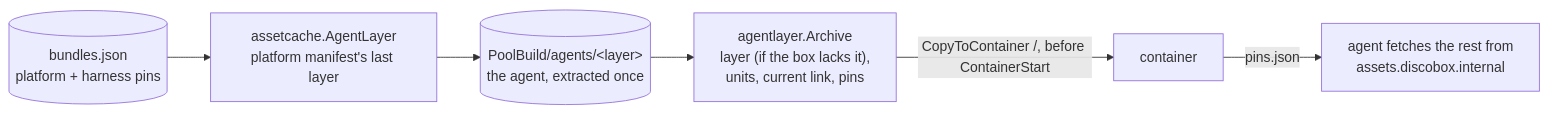
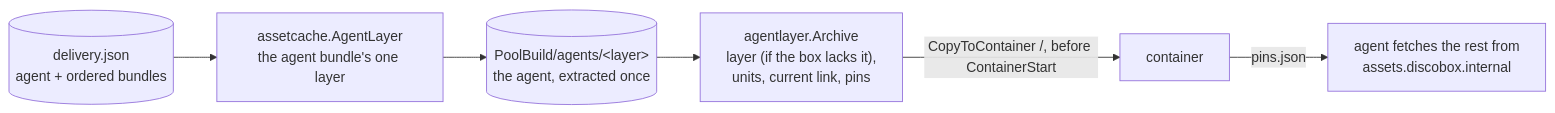
The sixth of 12 diagrams in pool-agent/DESIGN.md (discobox-ai/discobox), drawn with Mermaid before and after one commit. The commit also changed other lines of this file and 79 other files, not shown here.

First line of the commit message:
feat: the agent is a bundle of its own, and a box's pins are an ordered list everywhere

````diff
--- a/pool-agent/DESIGN.md
+++ b/pool-agent/DESIGN.md
@@ -1182,8 +1188,8 @@
 ```mermaid
 flowchart LR
-  rec[("bundles.json<br/>platform + harness pins")] --> layer["assetcache.AgentLayer<br/>platform manifest's last layer"]
+  rec[("delivery.json<br/>agent + ordered bundles")] --> layer["assetcache.AgentLayer<br/>the agent bundle's one layer"]
   layer --> ext[("PoolBuild/agents/&lt;layer&gt;<br/>the agent, extracted once")]
   ext --> arch["agentlayer.Archive<br/>layer (if the box lacks it),<br/>units, current link, pins"]
   arch -->|"CopyToContainer /, before ContainerStart"| box["container"]
   box -->|"pins.json"| fetch["agent fetches the rest from<br/>assets.discobox.internal"]
 ```
````
